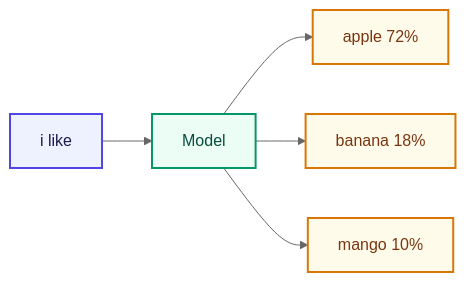
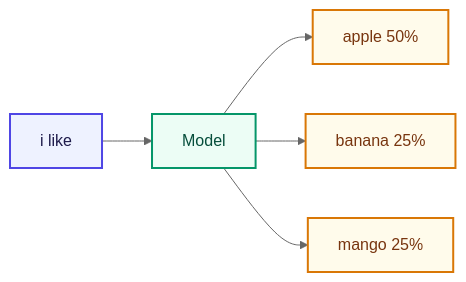
The diagram in content/docs/part-00-intro/01-what-is-llm.mdx (bhNibir/build-own-llm), drawn with Mermaid (neutral theme) before and after one commit. The commit also changed other lines of this file and 20 other files, not shown here.

````diff
--- a/content/docs/part-00-intro/01-what-is-llm.mdx
+++ b/content/docs/part-00-intro/01-what-is-llm.mdx
@@ -14,10 +14,10 @@
 ```mermaid
 flowchart LR
     A["i like"]:::input --> B["Model"]:::process
-    B --> C["apple 72%"]:::output
-    B --> D["banana 18%"]:::output
-    B --> E["mango 10%"]:::output
+    B --> C["apple 50%"]:::output
+    B --> D["banana 25%"]:::output
+    B --> E["mango 25%"]:::output
     classDef input fill:#EEF2FF,color:#1E1B4B,stroke:#4F46E5,stroke-width:2px
     classDef process fill:#ECFDF5,color:#064E3B,stroke:#059669,stroke-width:2px
     classDef output fill:#FFFBEB,color:#78350F,stroke:#D97706,stroke-width:2px
 ```
````
